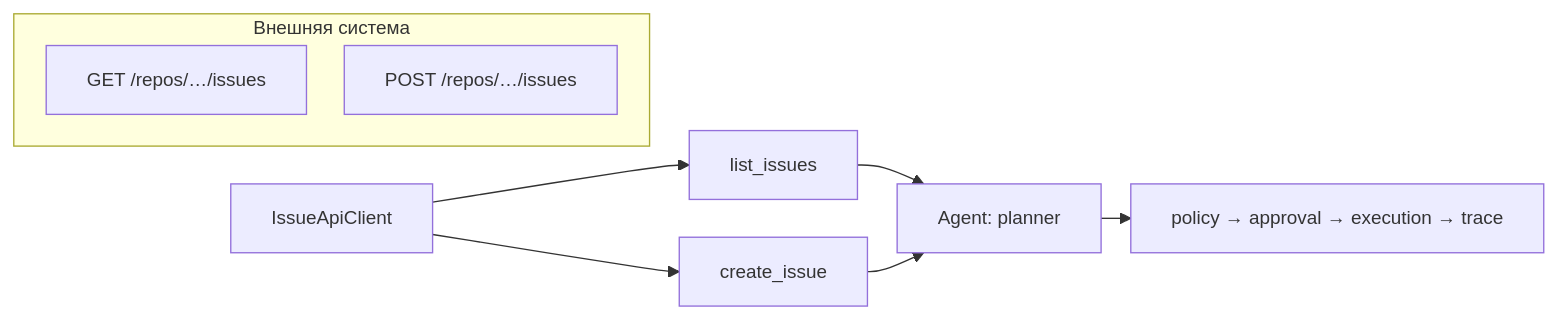
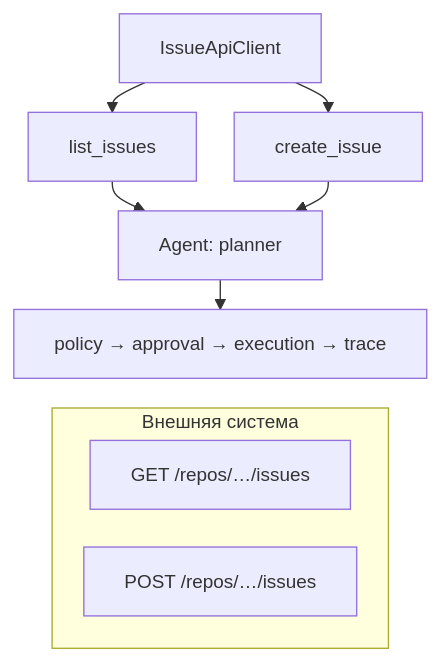
Before and after one commit to ertaipit-web/python-agent-workflow-course: the first of 2 diagrams in docs/integration-lab.md, drawn with Mermaid. The commit also changed 2 other files, not shown here.

Commit message:
Fix overlapping subgraph labels and oversized diagrams
RAG phase clusters collided with their first node at rankSpacing 22; raise it to 42
for that diagram only. Switch the three widest layouts (workflow vs agent,
single vs multi, integration two paths) from LR to TD so every diagram now fits
the reading column at its authored 14px instead of being scaled down.

````diff
--- a/docs/integration-lab.md
+++ b/docs/integration-lab.md
@@ -17,11 +17,12 @@
 ```mermaid
 %%{init: {"flowchart": {"useMaxWidth": false, "nodeSpacing": 28, "rankSpacing": 22, "wrappingWidth": 460}, "themeVariables": {"fontSize": "14px"}}}%%
-flowchart LR
+flowchart TD
   subgraph EXT["Внешняя система"]
     RD["GET /repos/…/issues"]
     WR["POST /repos/…/issues"]
   end
   C["IssueApiClient"] --> TL["list_issues"] --> A["Agent: planner"]
   C --> TW["create_issue"] --> A
   A --> G["policy → approval → execution → trace"]
+  G ~~~ EXT
 ```
````
